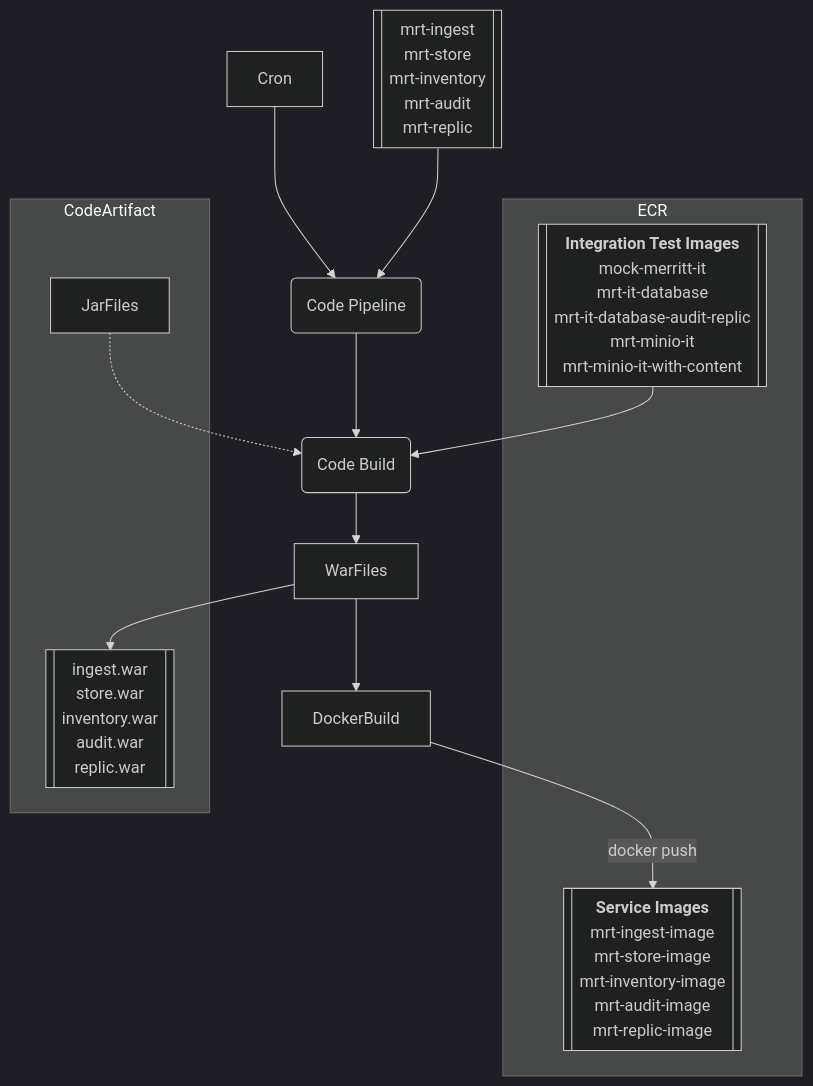
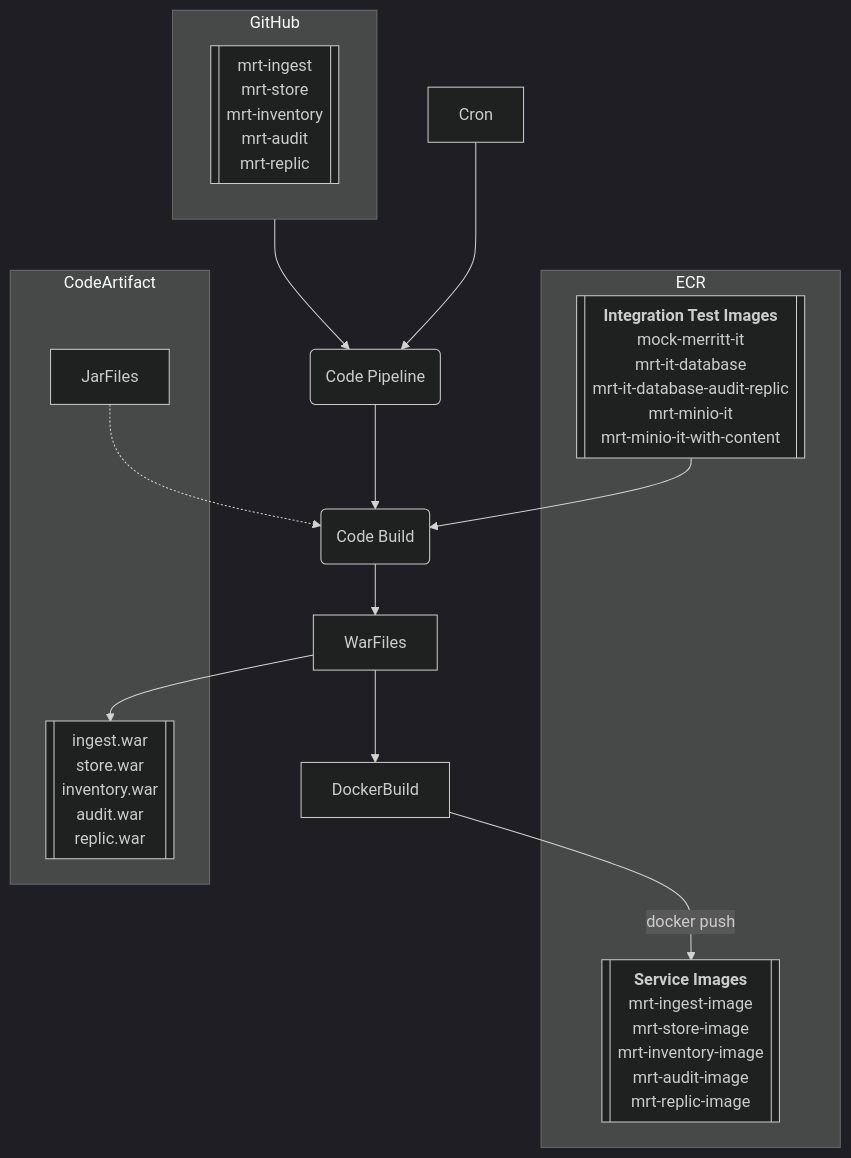
The third of 11 diagrams in design/aws-build/README.md (CDLUC3/mrt-doc), drawn with Mermaid (dark theme) before and after one commit. The commit also changed other lines of this file, not shown here.

````diff
--- a/design/aws-build/README.md
+++ b/design/aws-build/README.md
@@ -106,47 +108,49 @@
 ```mermaid
 graph TD
-  GitHub[["`
-    mrt-ingest
-    mrt-store
-    mrt-inventory
-    mrt-audit
-    mrt-replic
-  `"]]
+  subgraph GitHub
+    Repos[["`
+      mrt-ingest
+      mrt-store
+      mrt-inventory
+      mrt-audit
+      mrt-replic
+    `"]]
+  end
   GitHub --> Pipeline
   Cron --> Pipeline
   Pipeline(Code Pipeline)
   Pipeline --> Build
   Build(Code Build)
   Img --> Build
   Build --> WarFiles
   WarFiles --> DockerBuild
   DockerBuild --> |docker push| ImgSrv
   subgraph ECR
     Img[["`**Integration Test Images**
       mock-merritt-it
       mrt-it-database
       mrt-it-database-audit-replic
       mrt-minio-it
       mrt-minio-it-with-content
     `"]]
     ImgSrv[["`**Service Images**
       mrt-ingest-image
       mrt-store-image
       mrt-inventory-image
       mrt-audit-image
       mrt-replic-image
     `"]]
   end
   subgraph CodeArtifact
     JarFiles
     WarFilesArtifact[["`
       ingest.war
       store.war
       inventory.war
       audit.war
       replic.war
     `"]]
   end
   WarFiles --> WarFilesArtifact
   JarFiles -.-> Build
 ```
````
